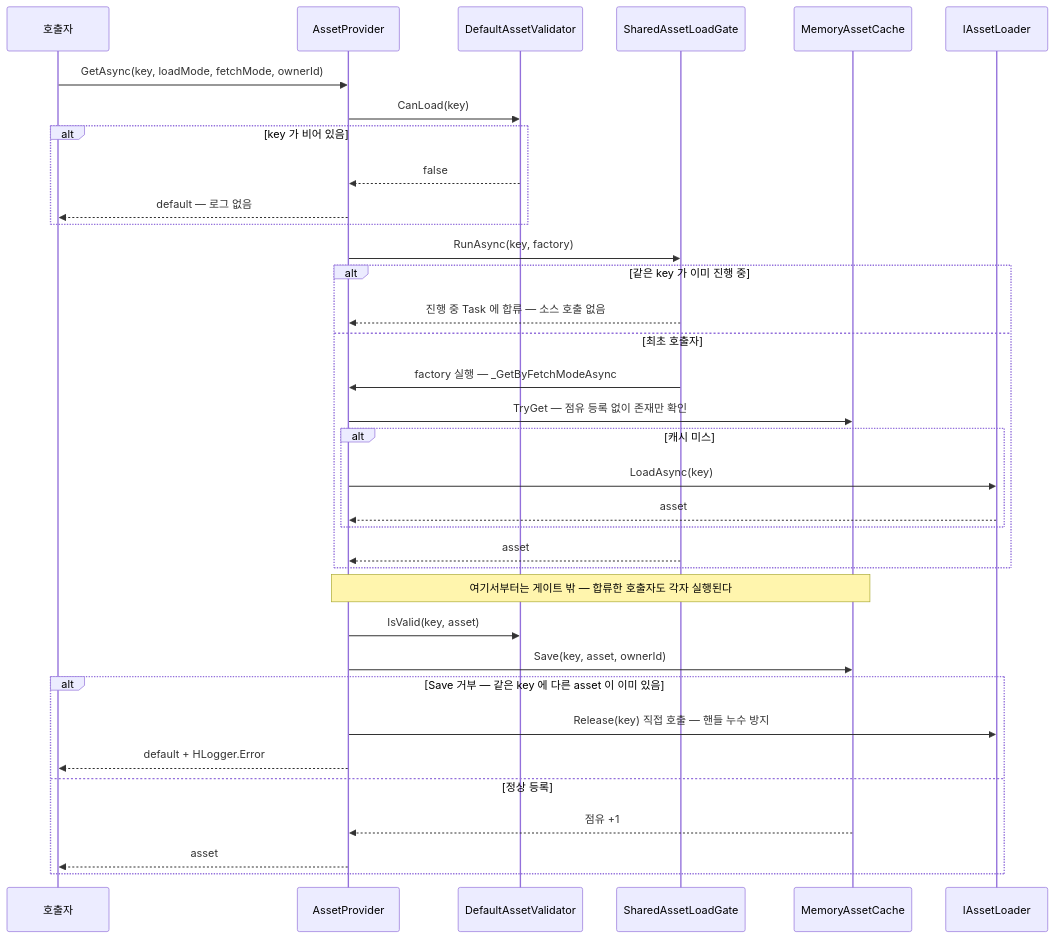
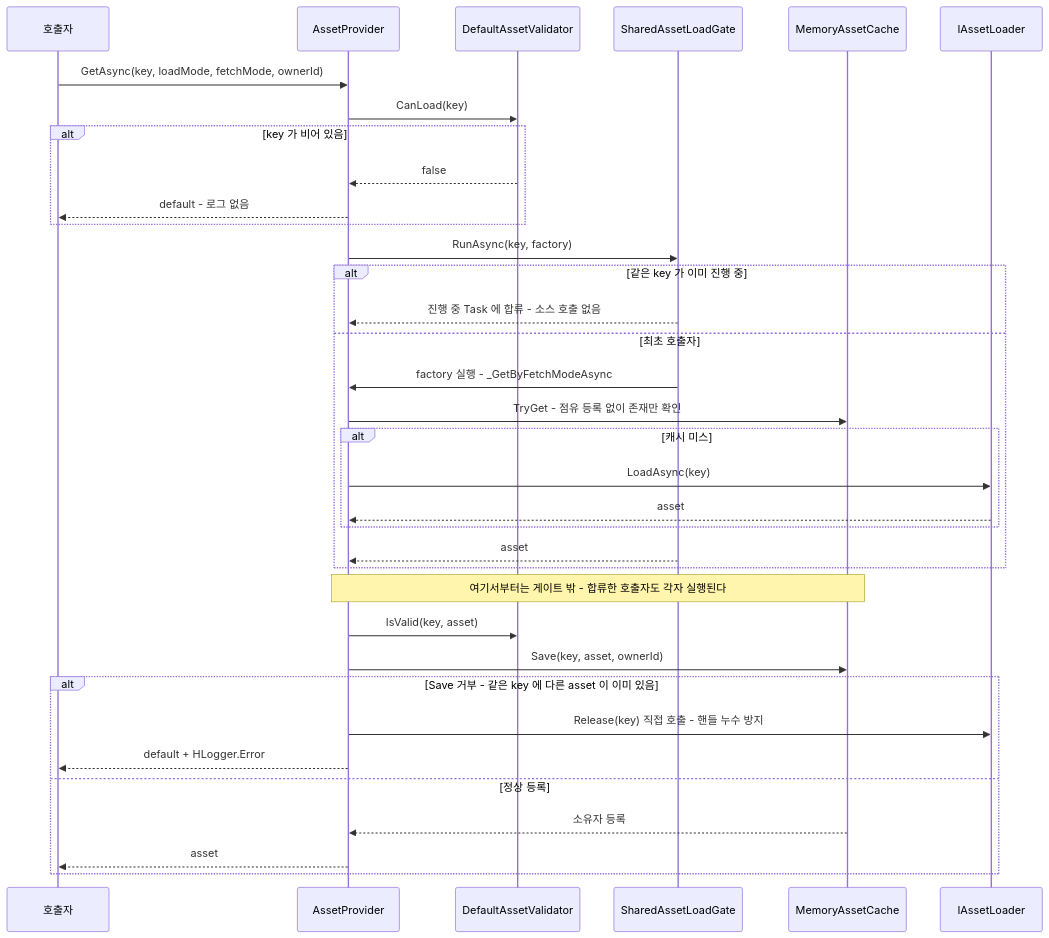
One commit to HoHong123/HCUP-Unity changed the second of 3 diagrams in HResource/Runtime/README.md. Above: the diagram before and after it, drawn with Mermaid. The commit also changed other lines of this file, not shown here.

````diff
--- a/HResource/Runtime/README.md
+++ b/HResource/Runtime/README.md
@@ -151,38 +151,38 @@
 ```mermaid
 sequenceDiagram
     participant C as 호출자
     participant P as AssetProvider
     participant V as DefaultAssetValidator
     participant G as SharedAssetLoadGate
     participant M as MemoryAssetCache
     participant L as IAssetLoader
 
     C->>P: GetAsync(key, loadMode, fetchMode, ownerId)
     P->>V: CanLoad(key)
     alt key 가 비어 있음
         V-->>P: false
-        P-->>C: default — 로그 없음
+        P-->>C: default - 로그 없음
     end
     P->>G: RunAsync(key, factory)
     alt 같은 key 가 이미 진행 중
-        G-->>P: 진행 중 Task 에 합류 — 소스 호출 없음
+        G-->>P: 진행 중 Task 에 합류 - 소스 호출 없음
     else 최초 호출자
-        G->>P: factory 실행 — _GetByFetchModeAsync
-        P->>M: TryGet — 점유 등록 없이 존재만 확인
+        G->>P: factory 실행 - _GetByFetchModeAsync
+        P->>M: TryGet - 점유 등록 없이 존재만 확인
         alt 캐시 미스
             P->>L: LoadAsync(key)
             L-->>P: asset
         end
         G-->>P: asset
     end
-    Note over P,M: 여기서부터는 게이트 밖 — 합류한 호출자도 각자 실행된다
+    Note over P,M: 여기서부터는 게이트 밖 - 합류한 호출자도 각자 실행된다
     P->>V: IsValid(key, asset)
     P->>M: Save(key, asset, ownerId)
-    alt Save 거부 — 같은 key 에 다른 asset 이 이미 있음
-        P->>L: Release(key) 직접 호출 — 핸들 누수 방지
+    alt Save 거부 - 같은 key 에 다른 asset 이 이미 있음
+        P->>L: Release(key) 직접 호출 - 핸들 누수 방지
         P-->>C: default + HLogger.Error
     else 정상 등록
-        M-->>P: 점유 +1
+        M-->>P: 소유자 등록
         P-->>C: asset
     end
 ```
````
